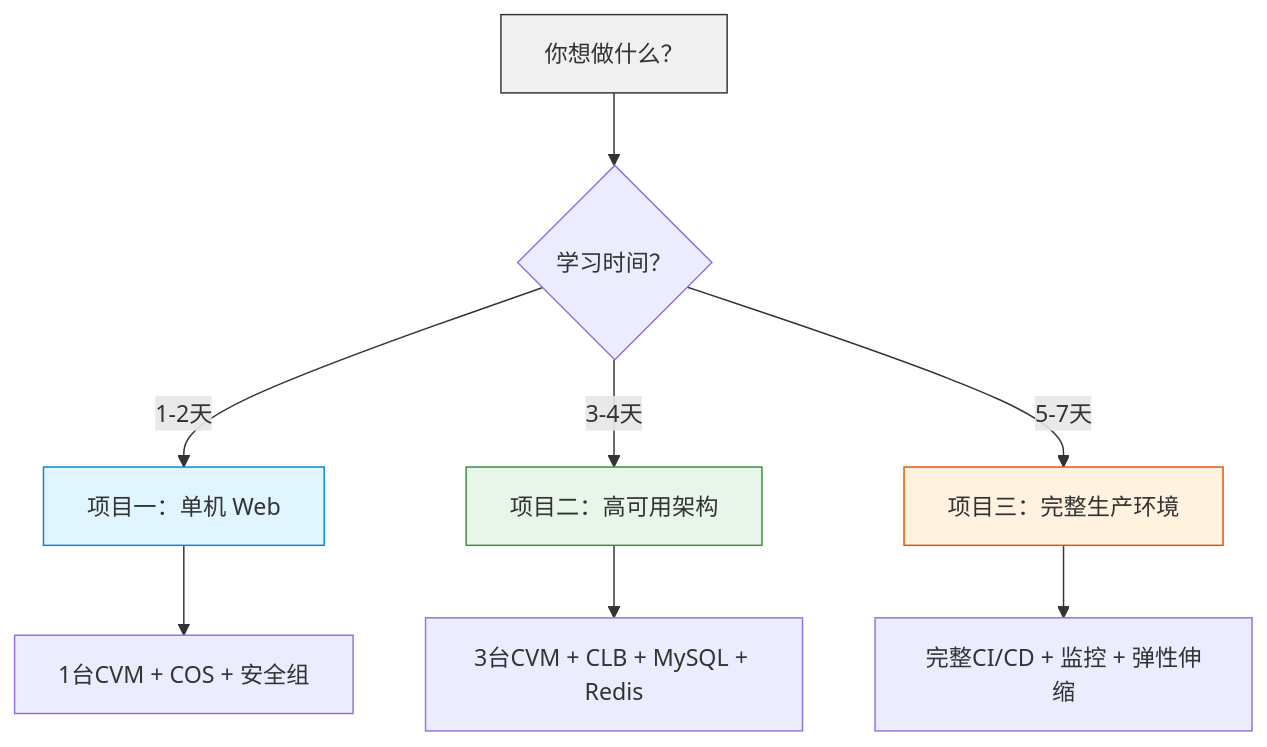
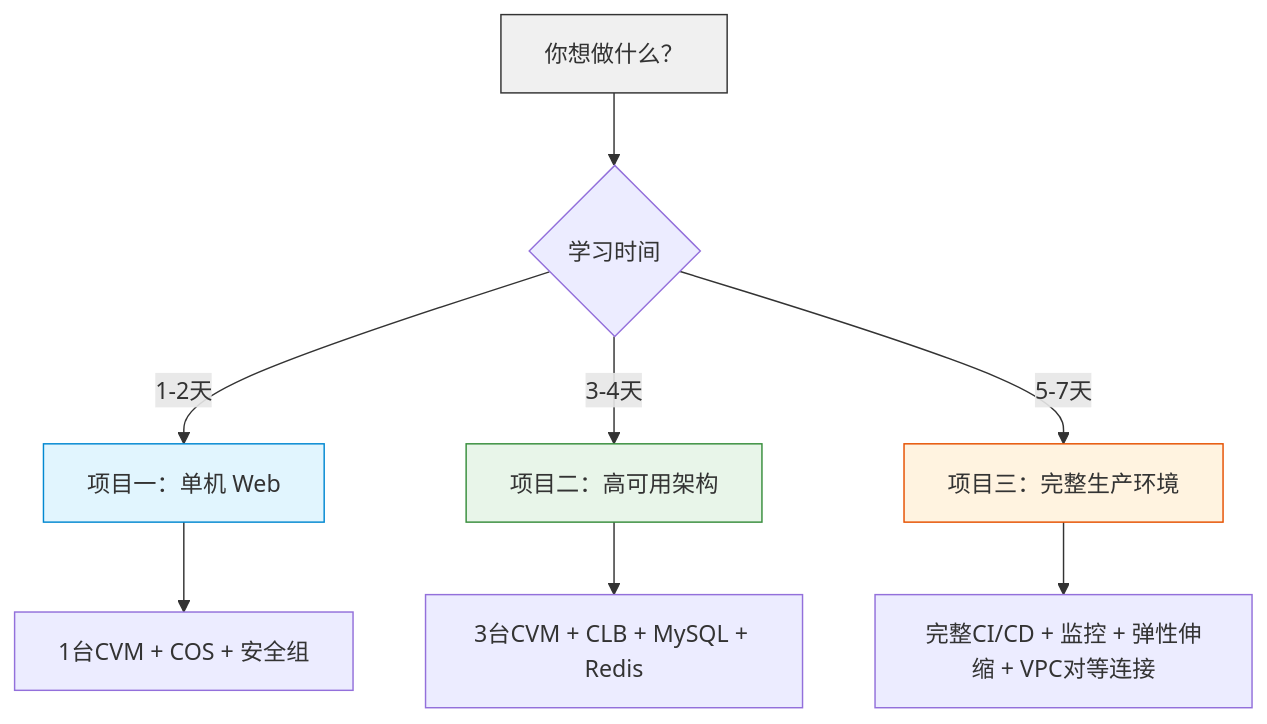
Before and after one commit to ops120/terraform-tencentcloud-production-guide: the diagram in 07-项目实战.md, drawn with Mermaid. The commit also changed other lines of this file and 10 other files, not shown here.

````diff
--- a/07-项目实战.md
+++ b/07-项目实战.md
@@ -920,16 +916,16 @@
 ```mermaid
 graph TD
-    A[你想做什么？] --> B{学习时间？}
+    A[你想做什么？] --> B{学习时间}
     B -->|1-2天| C[项目一：单机 Web]
     B -->|3-4天| D[项目二：高可用架构]
     B -->|5-7天| E[项目三：完整生产环境]
     
     C --> F[1台CVM + COS + 安全组]
     D --> G[3台CVM + CLB + MySQL + Redis]
-    E --> H[完整CI/CD + 监控 + 弹性伸缩]
+    E --> H[完整CI/CD + 监控 + 弹性伸缩 + VPC对等连接]
     
     style A fill:#f0f0f0,stroke:#333
     style C fill:#e1f5fe,stroke:#0288d1
     style D fill:#e8f5e9,stroke:#388e3c
     style E fill:#fff3e0,stroke:#e65100
 ```
````
